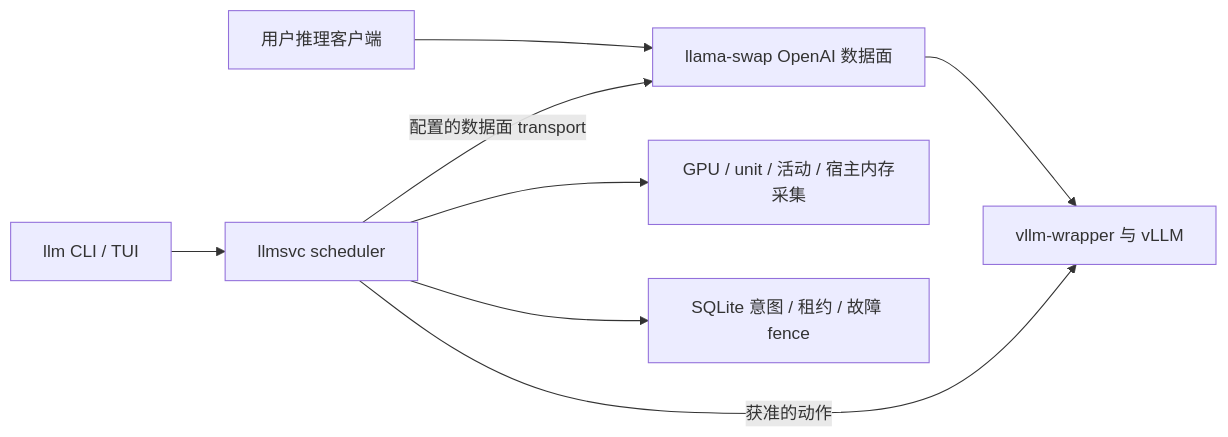
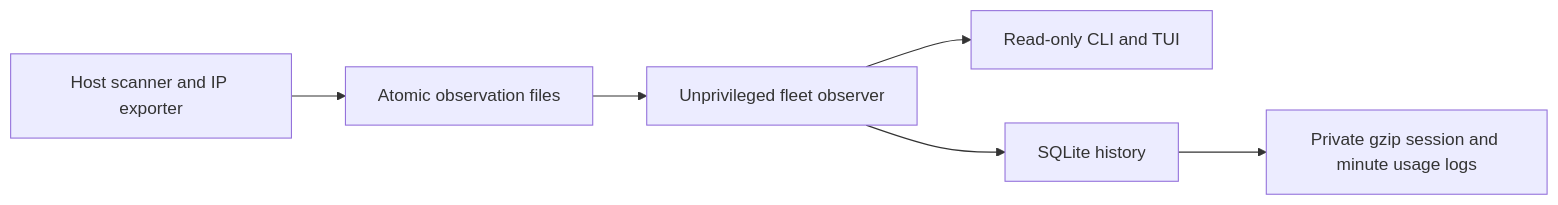
One commit to SYandong/LLM-service-manager changed the diagram in README.md. Above: the diagram before and after it, drawn with Mermaid. The commit also changed other lines of this file and 47 other files, not shown here.

First line of the commit message:
Replace central serving with a read-only fleet observer [skip ci]

````diff
--- a/README.md
+++ b/README.md
@@ -225,10 +66,8 @@
 ```mermaid
 flowchart LR
-    U[用户推理客户端] --> D[llama-swap OpenAI 数据面]
-    D --> W[vllm-wrapper 与 vLLM]
-    C[llm CLI / TUI] --> S[llmsvc scheduler]
-    S --> O[GPU / unit / 活动 / 宿主内存采集]
-    S --> L[SQLite 意图 / 租约 / 故障 fence]
-    S -->|获准的动作| W
-    S -->|配置的数据面 transport| D
+    H[Host scanner and IP exporter] --> E[Atomic observation files]
+    E --> O[Unprivileged fleet observer]
+    O --> C[Read-only CLI and TUI]
+    O --> D[SQLite history]
+    D --> A[Private gzip session and minute usage logs]
 ```
````
